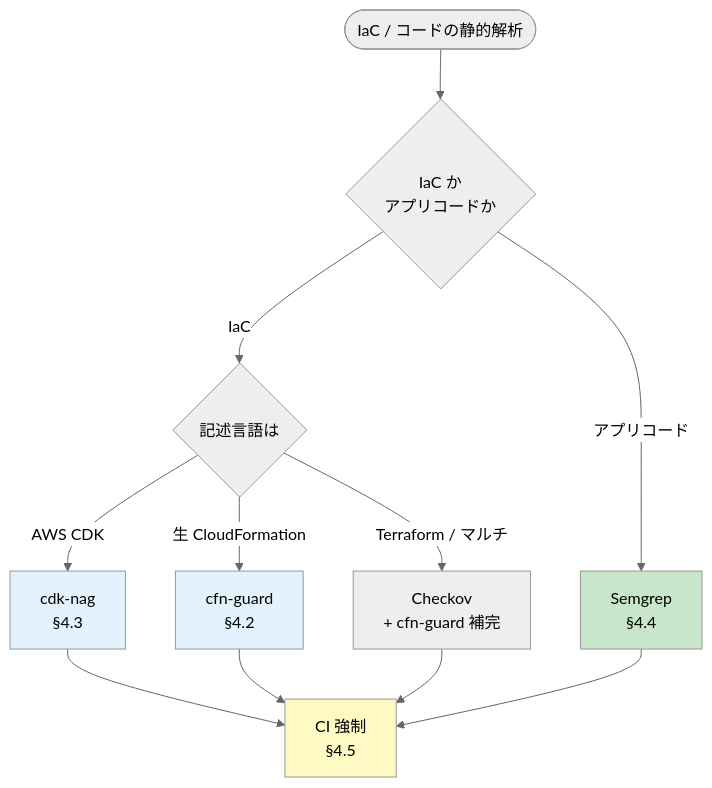
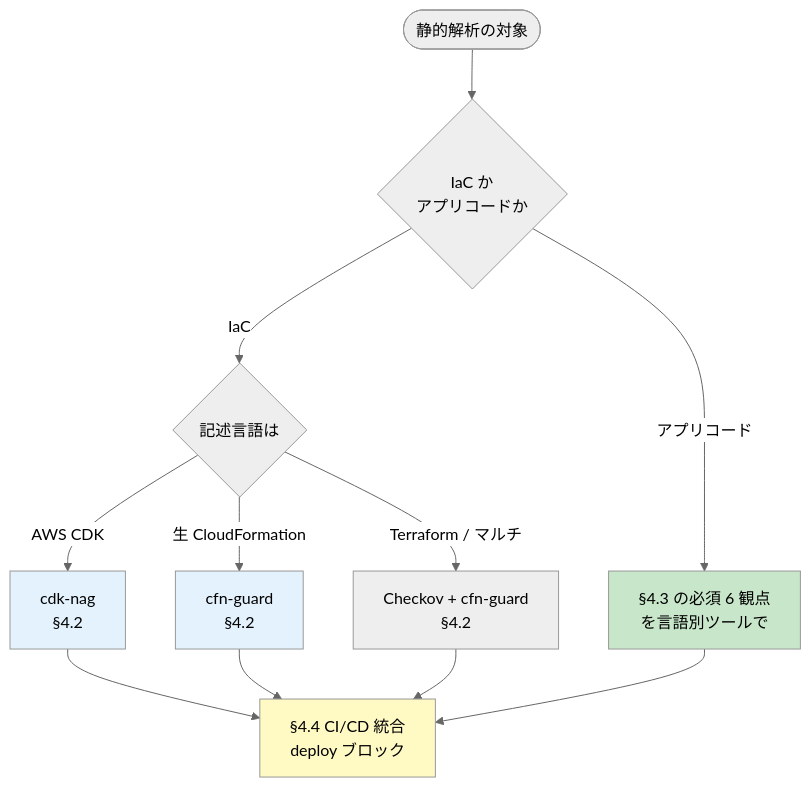
The second of 3 diagrams in doc/api-platform/basic-design/04-static-analysis-guidelines.md (suepie/aws-atuh-poc), drawn with Mermaid (neutral theme) before and after one commit. The commit also changed other lines of this file and 7 other files, not shown here.

````diff
--- a/doc/api-platform/basic-design/04-static-analysis-guidelines.md
+++ b/doc/api-platform/basic-design/04-static-analysis-guidelines.md
@@ -32,23 +67,23 @@
 ```mermaid
 flowchart TD
-    Start([IaC / コードの静的解析])
+    Start([静的解析の対象])
     Q1{IaC か<br/>アプリコードか}
     Start --> Q1
 
     Q1 -->|IaC| Q2{記述言語は}
-    Q1 -->|アプリコード| SG[Semgrep<br/>§4.4]
+    Q1 -->|アプリコード| APP[§4.3 の必須 6 観点<br/>を言語別ツールで]
 
-    Q2 -->|AWS CDK| CDK[cdk-nag<br/>§4.3]
+    Q2 -->|AWS CDK| CDK[cdk-nag<br/>§4.2]
     Q2 -->|生 CloudFormation| GUARD[cfn-guard<br/>§4.2]
-    Q2 -->|Terraform / マルチ| CHK[Checkov<br/>+ cfn-guard 補完]
+    Q2 -->|Terraform / マルチ| CHK[Checkov + cfn-guard<br/>§4.2]
 
-    CDK --> CI[CI 強制<br/>§4.5]
+    CDK --> CI[§4.4 CI/CD 統合<br/>deploy ブロック]
     GUARD --> CI
     CHK --> CI
-    SG --> CI
+    APP --> CI
 
-    style SG fill:#c8e6c9
+    style APP fill:#c8e6c9
     style CDK fill:#e3f2fd
     style GUARD fill:#e3f2fd
     style CI fill:#fff9c4
 ```
````
